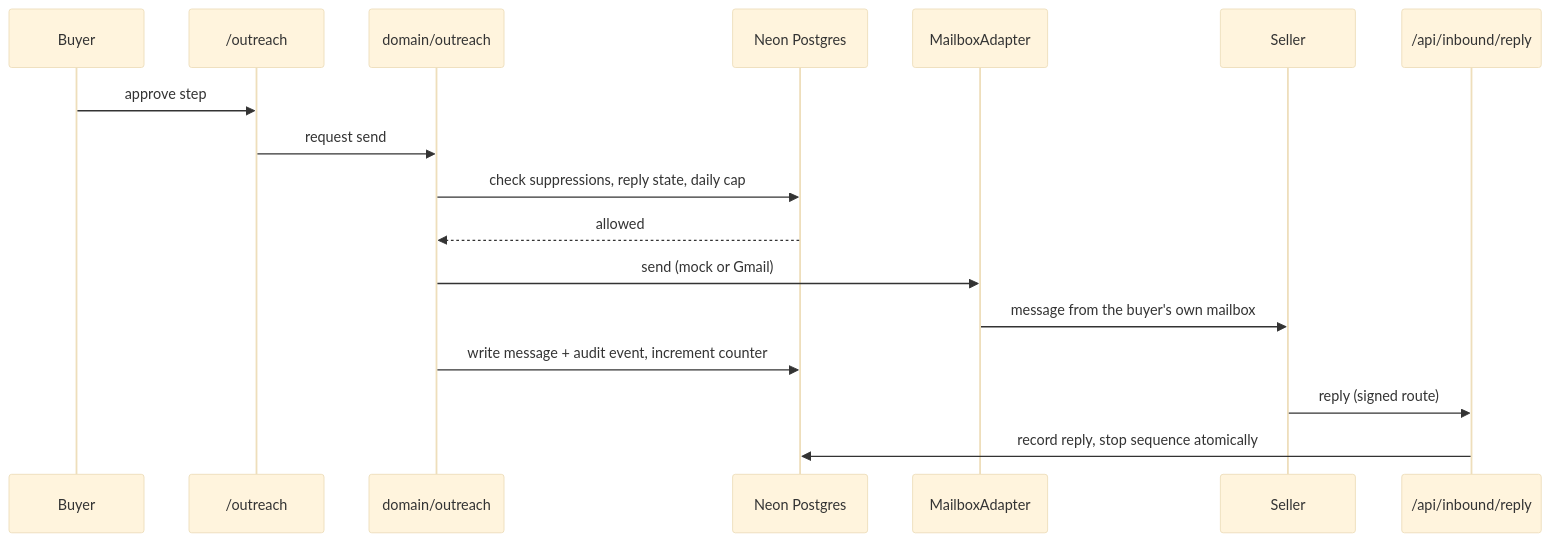
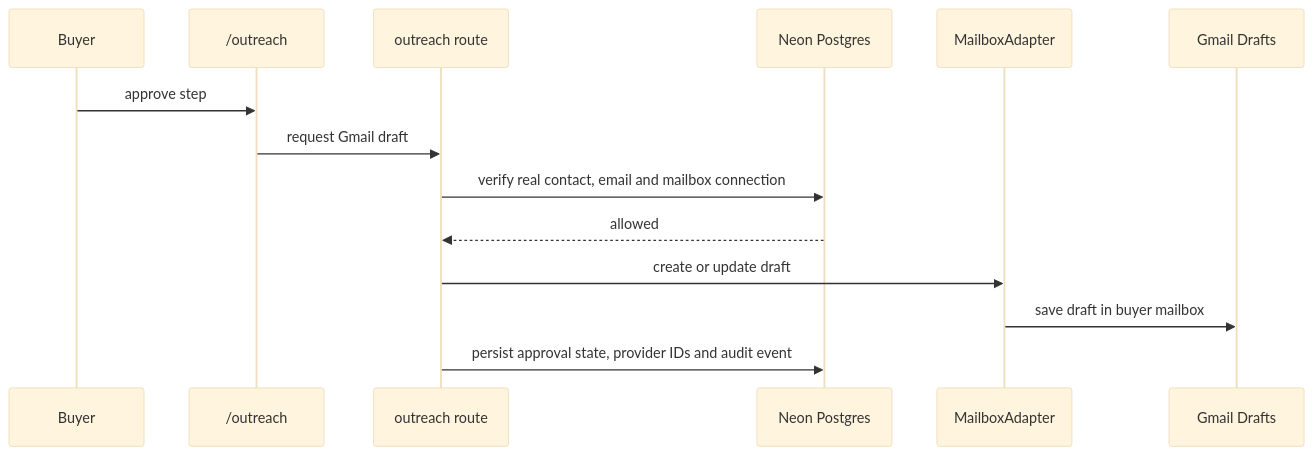
One commit to Sansoni-Management-Dev-Team/acquired changed the fourth of 4 diagrams in docs/24-architecture.md. Above: the diagram before and after it, drawn with Mermaid (base theme). The commit also changed other lines of this file and 8 other files, not shown here.

````diff
--- a/docs/24-architecture.md
+++ b/docs/24-architecture.md
@@ -146,20 +150,17 @@
 ```mermaid
 sequenceDiagram
     participant U as Buyer
     participant O as /outreach
-    participant D as domain/outreach
+    participant D as outreach route
     participant DB as Neon Postgres
     participant M as MailboxAdapter
-    participant S as Seller
-    participant R as /api/inbound/reply
+    participant G as Gmail Drafts
 
     U->>O: approve step
-    O->>D: request send
-    D->>DB: check suppressions, reply state, daily cap
+    O->>D: request Gmail draft
+    D->>DB: verify real contact, email and mailbox connection
     DB-->>D: allowed
-    D->>M: send (mock or Gmail)
-    M->>S: message from the buyer's own mailbox
-    D->>DB: write message + audit event, increment counter
-    S->>R: reply (signed route)
-    R->>DB: record reply, stop sequence atomically
+    D->>M: create or update draft
+    M->>G: save draft in buyer mailbox
+    D->>DB: persist approval state, provider IDs and audit event
 ```
````
